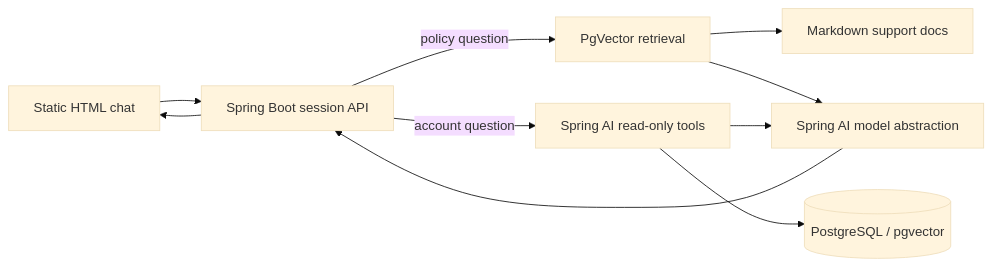
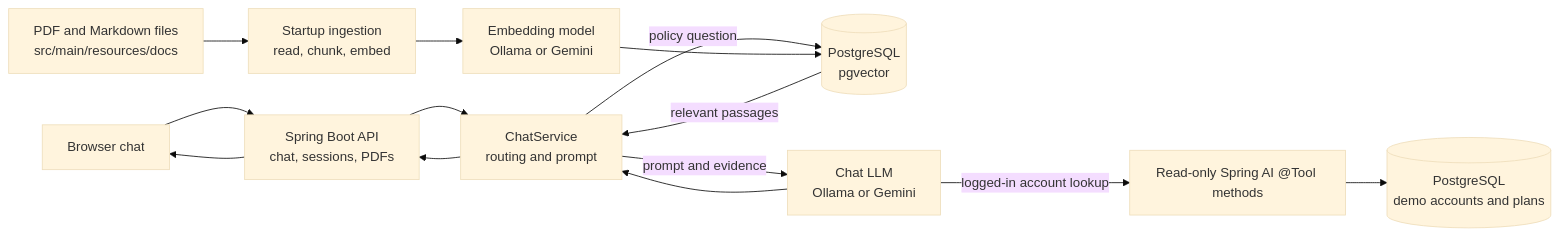
One commit to shahid-pv/telecom-chatbot changed the diagram in README.md. Above: the diagram before and after it, drawn with Mermaid (base theme). The commit also changed other lines of this file, not shown here.

Commit message:
Read me file updated

````diff
--- a/README.md
+++ b/README.md
@@ -7,11 +11,14 @@
 ```mermaid
 flowchart LR
-  UI[Static HTML chat] --> API[Spring Boot session API]
-  API -->|policy question| RAG[PgVector retrieval]
-  RAG --> DOC[Markdown support docs]
-  API -->|account question| TOOL[Spring AI read-only tools]
-  TOOL --> DB[(PostgreSQL / pgvector)]
-  RAG --> LLM[Spring AI model abstraction]
-  TOOL --> LLM
-  LLM --> API --> UI
+  Browser[Browser chat] --> API[Spring Boot API<br/>chat, sessions, PDFs]
+  API --> CHAT[ChatService<br/>routing and prompt]
+  CHAT -->|policy question| VS[(PostgreSQL<br/>pgvector)]
+  VS -->|relevant passages| CHAT
+  CHAT -->|prompt and evidence| LLM[Chat LLM<br/>Ollama or Gemini]
+  LLM -->|logged-in account lookup| TOOLS[Read-only Spring AI @Tool methods]
+  TOOLS --> DB[(PostgreSQL<br/>demo accounts and plans)]
+  LLM --> CHAT --> API --> Browser
+  DOCS[PDF and Markdown files<br/>src/main/resources/docs] --> INGEST[Startup ingestion<br/>read, chunk, embed]
+  INGEST --> EMBED[Embedding model<br/>Ollama or Gemini]
+  EMBED --> VS
 ```
````
